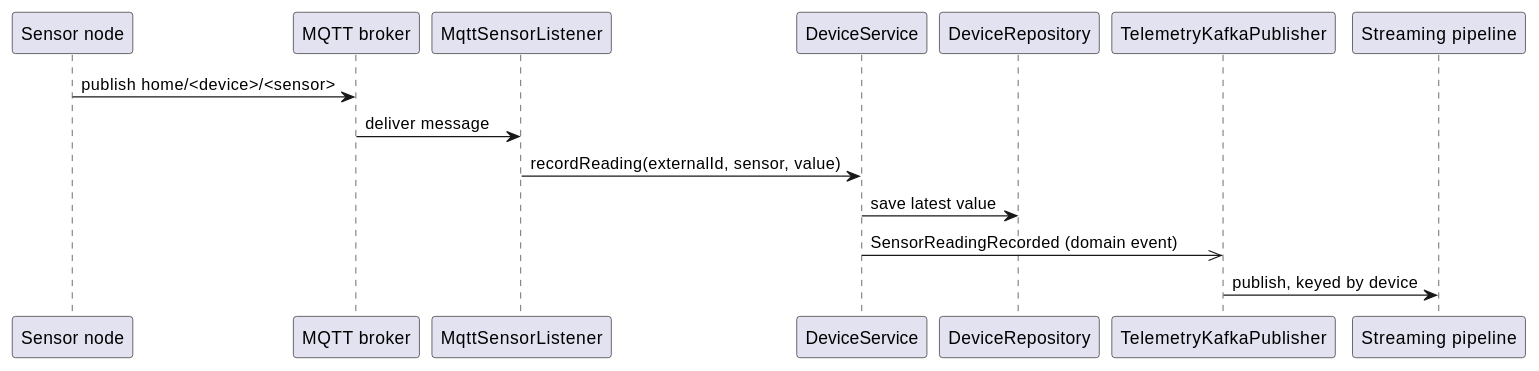
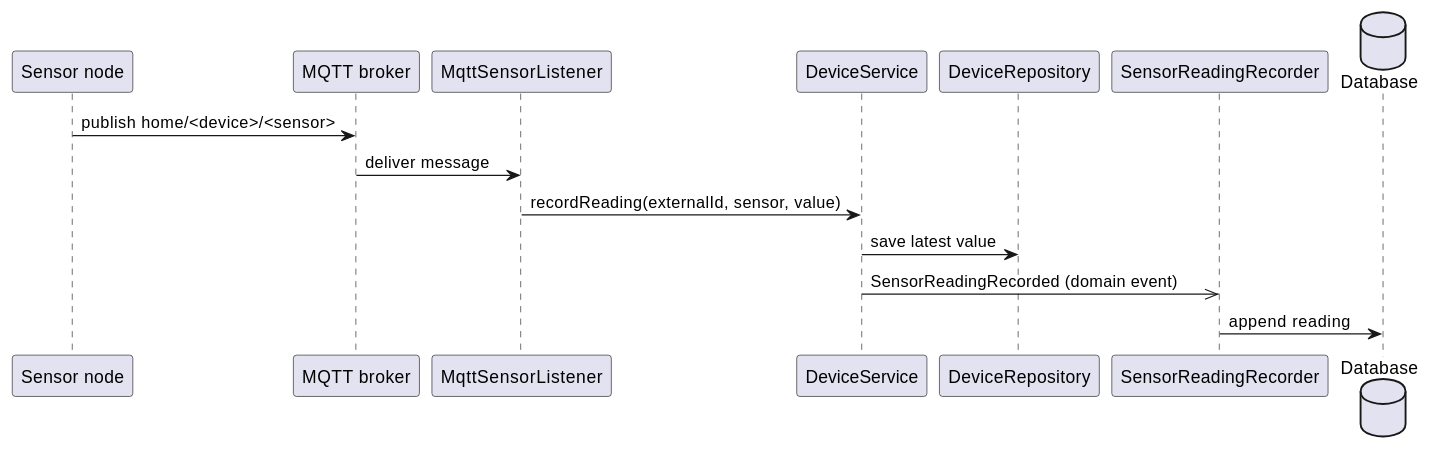
The second of 3 diagrams in docs/modules/ROOT/pages/06-runtime-view.adoc (FelixGeisler/SmartHome), drawn with PlantUML before and after one commit. The commit also changed other lines of this file and 44 other files, not shown here.

Commit message:
#66 Embed sensor history in the hub database and remove the Kafka and Elasticsearch stack

```diff
--- a/docs/modules/ROOT/pages/06-runtime-view.adoc
+++ b/docs/modules/ROOT/pages/06-runtime-view.adoc
@@ -46,19 +46,19 @@
 [plantuml,reading-sequence,svg]
 ----
 @startuml
 participant "Sensor node" as N
 participant "MQTT broker" as B
 participant MqttSensorListener as L
 participant DeviceService as S
 participant DeviceRepository as R
-participant TelemetryKafkaPublisher as P
-participant "Streaming pipeline" as K
+participant SensorReadingRecorder as P
+database "Database" as DB
 
 N -> B : publish home/<device>/<sensor>
 B -> L : deliver message
 L -> S : recordReading(externalId, sensor, value)
 S -> R : save latest value
 S ->> P : SensorReadingRecorded (domain event)
-P -> K : publish, keyed by device
+P -> DB : append reading
 @enduml
 ----
```
